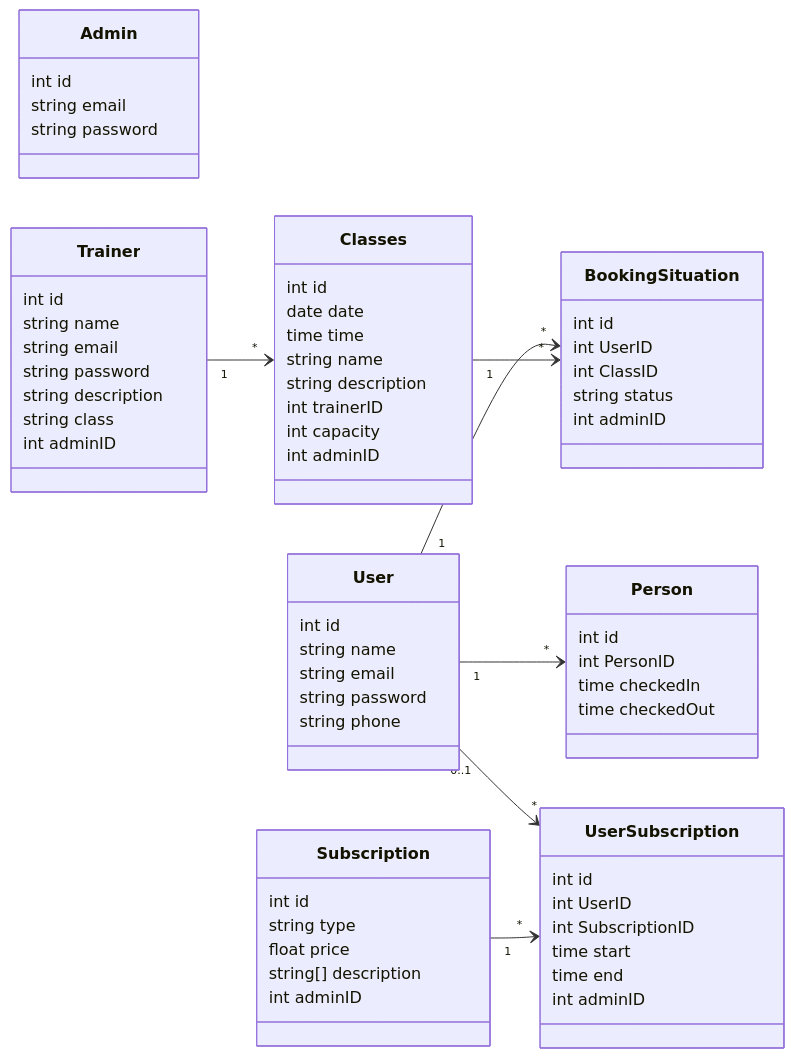
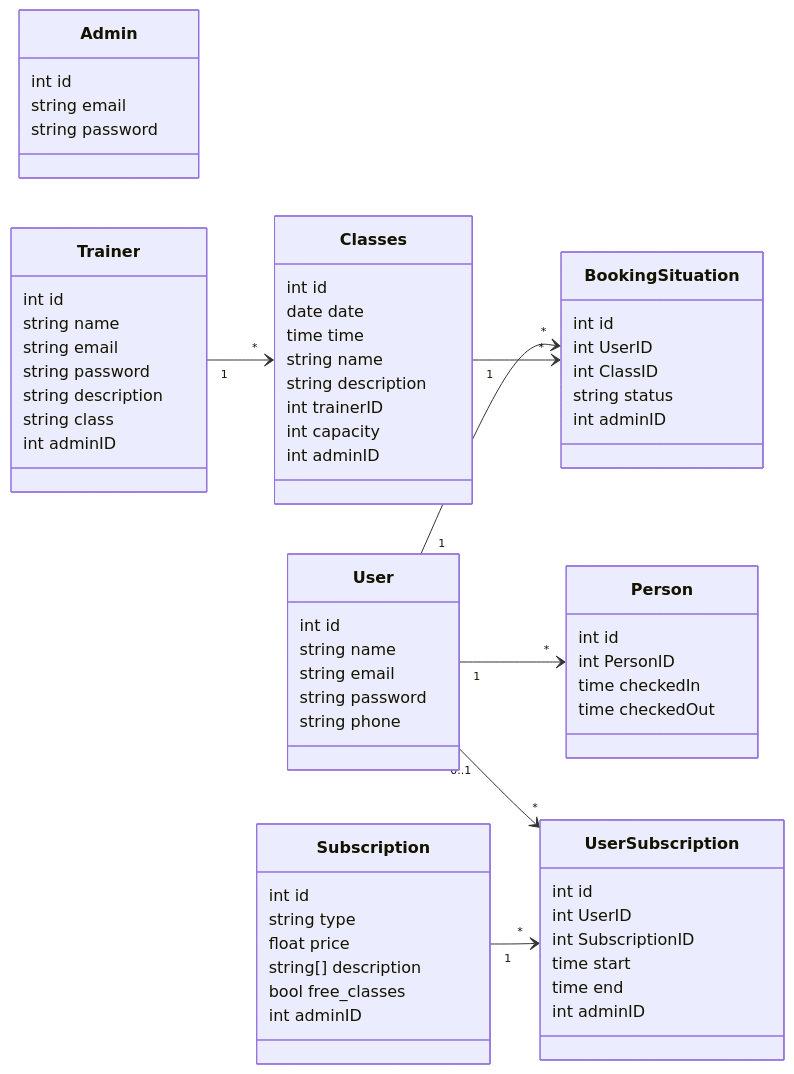
One commit to stefan-37/proiect-web changed the diagram in README.md. Above: the diagram before and after it, drawn with Mermaid. The commit also changed other lines of this file and 14 other files, not shown here.

````diff
--- a/README.md
+++ b/README.md
@@ -48,71 +48,72 @@
 ```mermaid
 classDiagram
     direction LR
 
     class Admin {
         int id
         string email
         string password
     }
     class User {
         int id
         string name
         string email
         string password
         string phone
     }
     class Subscription {
         int id
         string type
         float price
         string[] description
+        bool free_classes
         int adminID
     }
     class UserSubscription {
         int id
         int UserID
         int SubscriptionID
         time start
         time end
         int adminID
     }
     class Trainer {
         int id
         string name
         string email
         string password
         string description
         string class
         int adminID
     }
     class Classes {
         int id
         date date
         time time
         string name
         string description
         int trainerID
         int capacity
         int adminID
     }
     class BookingSituation {
         int id
         int UserID
         int ClassID
         string status
         int adminID
     }
     class Person {
         int id
         int PersonID
         time checkedIn
         time checkedOut
     }
 
     User "1" --> "*" Person
     User "0..1" --> "*" UserSubscription
     Subscription "1" --> "*" UserSubscription
     Trainer "1" --> "*" Classes
     User "1" --> "*" BookingSituation
     Classes "1" --> "*" BookingSituation
 ```
````
